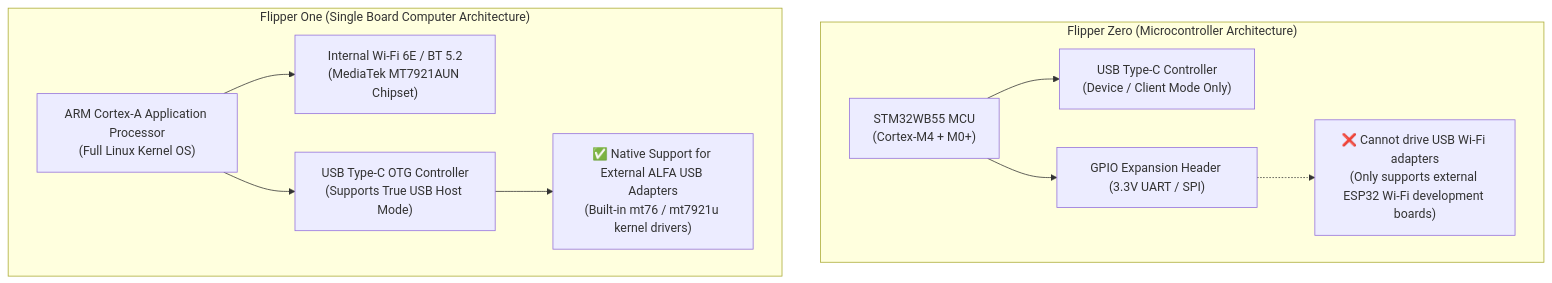
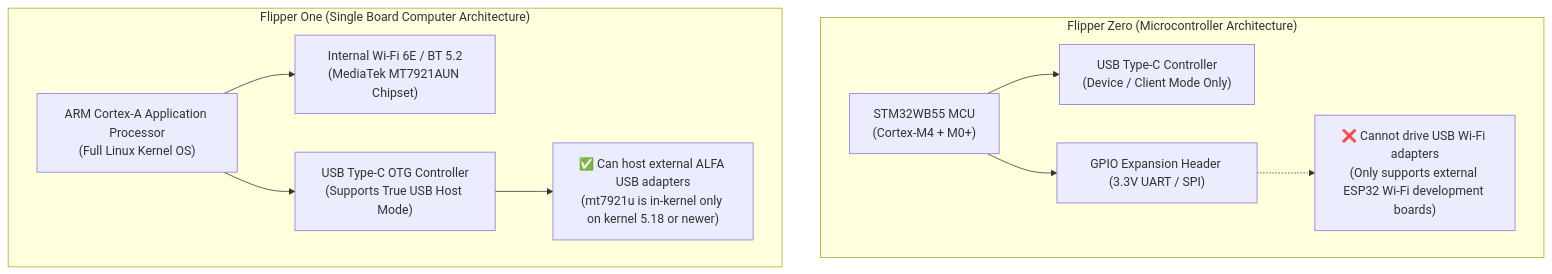
One commit to yopitek/yupitek-wiki changed the diagram in docs/01-alfa-network/hardware/flipper-one/index.md. Above: the diagram before and after it, drawn with Mermaid. The commit also changed other lines of this file and 108 other files, not shown here.

````diff
--- a/docs/01-alfa-network/hardware/flipper-one/index.md
+++ b/docs/01-alfa-network/hardware/flipper-one/index.md
@@ -17,22 +19,22 @@
 ```mermaid
 flowchart TD
     subgraph Zero["Flipper Zero (Microcontroller Architecture)"]
         MCU["STM32WB55 MCU<br/>(Cortex-M4 + M0+)"]
         USBDev["USB Type-C Controller<br/>(Device / Client Mode Only)"]
         GPIO["GPIO Expansion Header (3.3V UART / SPI)"]
         LimitZero["❌ Cannot drive USB Wi-Fi adapters<br/>(Only supports external ESP32 Wi-Fi development boards)"]
         MCU --> USBDev
         MCU --> GPIO
         GPIO -.-> LimitZero
     end
 
     subgraph One["Flipper One (Single Board Computer Architecture)"]
         SoC["ARM Cortex-A Application Processor<br/>(Full Linux Kernel OS)"]
         BuiltinRadio["Internal Wi-Fi 6E / BT 5.2<br/>(MediaTek MT7921AUN Chipset)"]
         USBHost["USB Type-C OTG Controller<br/>(Supports True USB Host Mode)"]
-        SupportOne["✅ Native Support for External ALFA USB Adapters<br/>(Built-in mt76 / mt7921u kernel drivers)"]
+        SupportOne["✅ Can host external ALFA USB adapters<br/>(mt7921u is in-kernel only on kernel 5.18 or newer)"]
         SoC --> BuiltinRadio
         SoC --> USBHost
         USBHost --> SupportOne
     end
 ```
````
